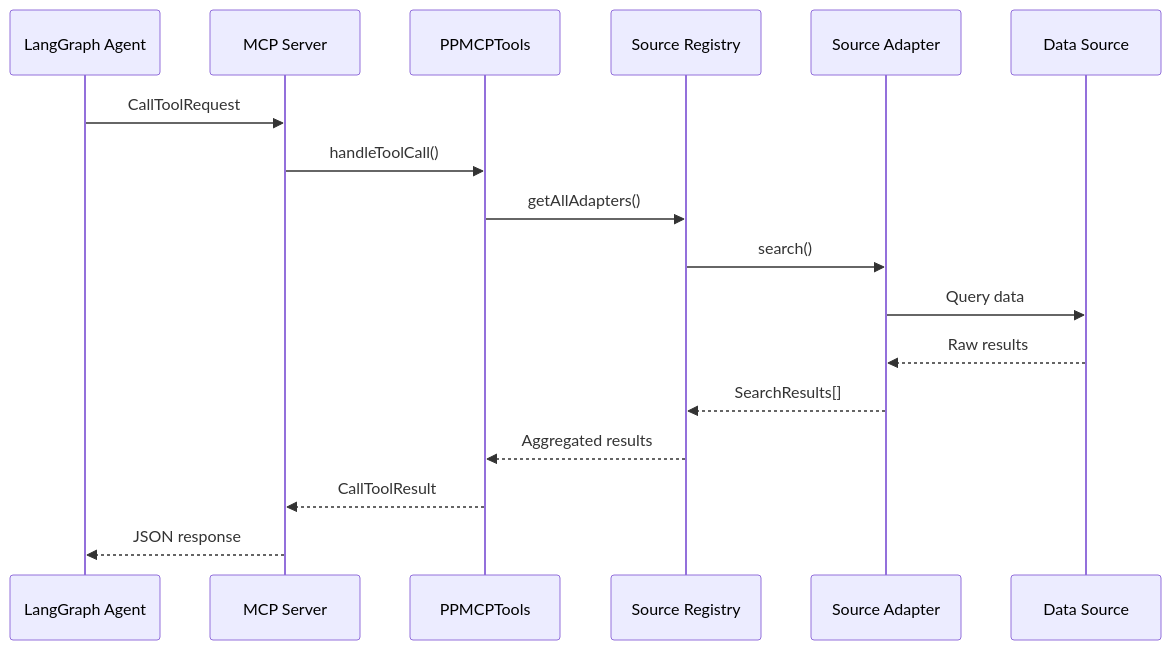
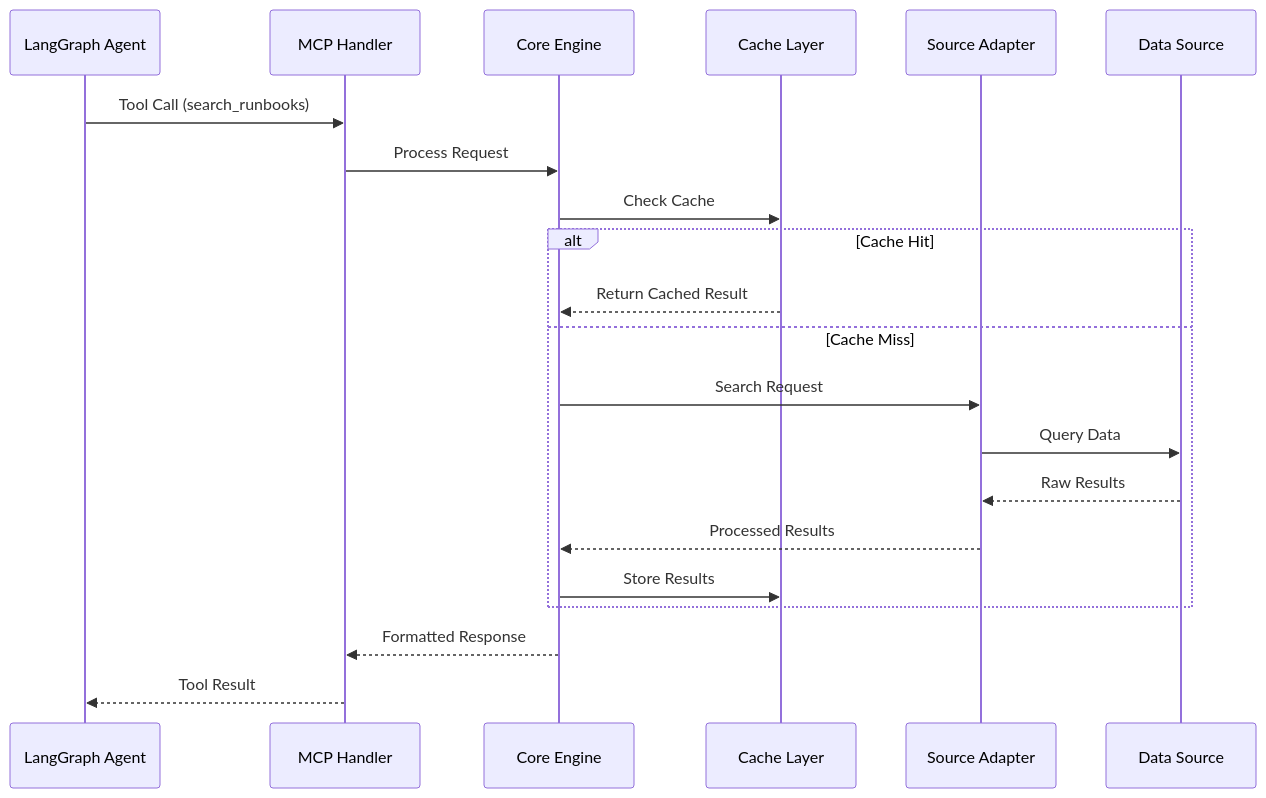
The sixth of 12 diagrams in docs/ARCHITECTURE.md (dpark2025/personal-pipeline), drawn with Mermaid before and after one commit. The commit also changed other lines of this file and 87 other files, not shown here.

````diff
--- a/docs/ARCHITECTURE.md
+++ b/docs/ARCHITECTURE.md
@@ -221,20 +381,26 @@
 ```mermaid
 sequenceDiagram
-    participant Agent as LangGraph Agent
-    participant Server as MCP Server
-    participant Tools as PPMCPTools
-    participant Registry as Source Registry
+    participant Client as LangGraph Agent
+    participant MCP as MCP Handler
+    participant Engine as Core Engine
+    participant Cache as Cache Layer
     participant Adapter as Source Adapter
     participant Source as Data Source
     
-    Agent->>Server: CallToolRequest
-    Server->>Tools: handleToolCall()
-    Tools->>Registry: getAllAdapters()
-    Registry->>Adapter: search()
-    Adapter->>Source: Query data
-    Source-->>Adapter: Raw results
-    Adapter-->>Registry: SearchResults[]
-    Registry-->>Tools: Aggregated results
-    Tools-->>Server: CallToolResult
-    Server-->>Agent: JSON response
+    Client->>MCP: Tool Call (search_runbooks)
+    MCP->>Engine: Process Request
+    Engine->>Cache: Check Cache
+    
+    alt Cache Hit
+        Cache-->>Engine: Return Cached Result
+    else Cache Miss
+        Engine->>Adapter: Search Request
+        Adapter->>Source: Query Data
+        Source-->>Adapter: Raw Results
+        Adapter-->>Engine: Processed Results
+        Engine->>Cache: Store Results
+    end
+    
+    Engine-->>MCP: Formatted Response
+    MCP-->>Client: Tool Result
 ```
````
